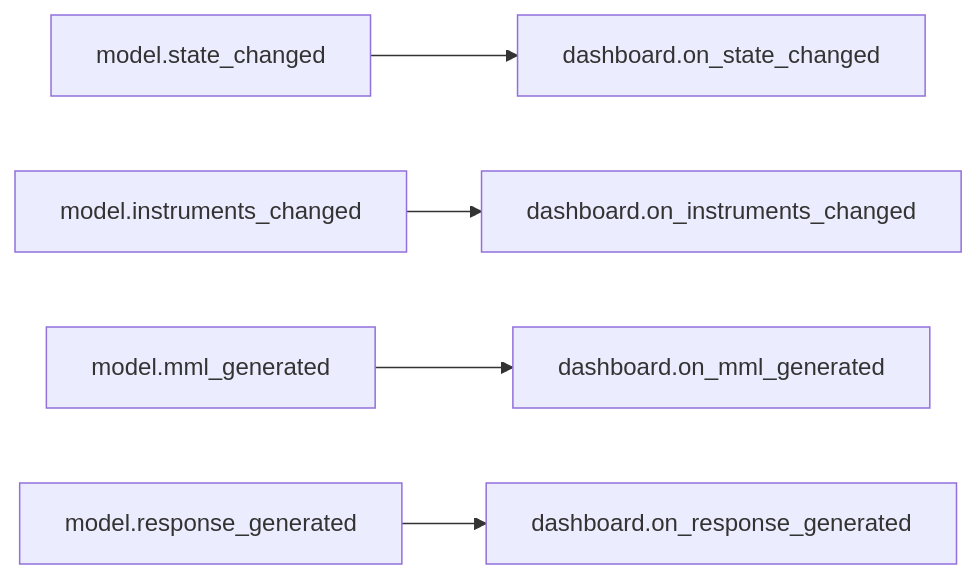
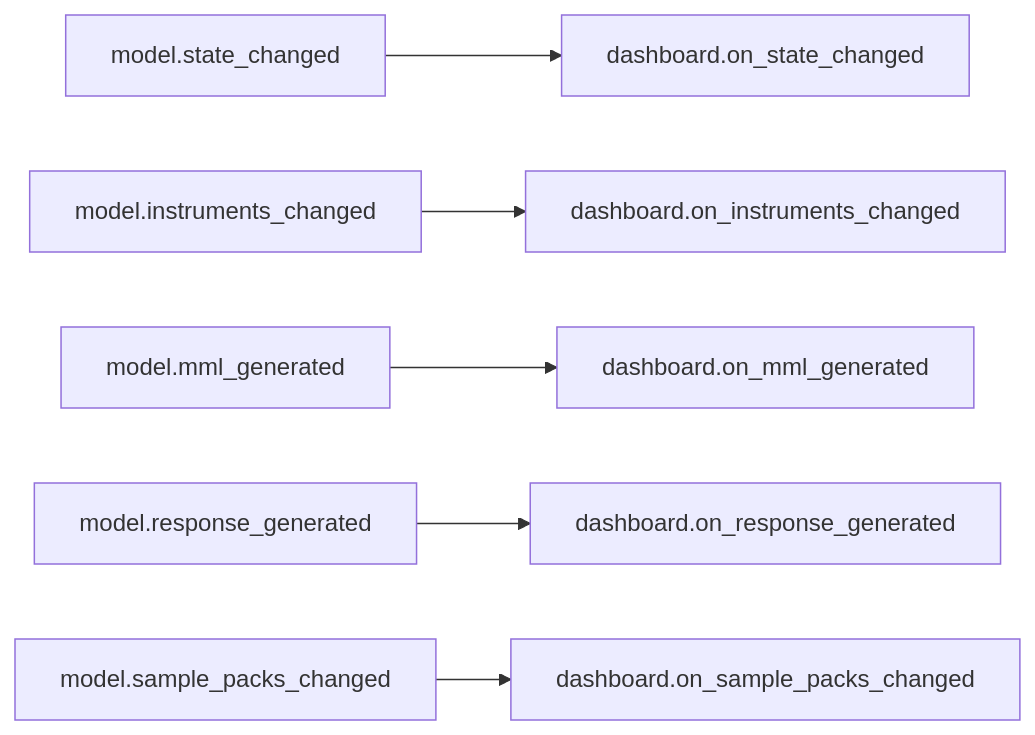
One commit to com-posers-pit/smw_music changed the first of 9 diagrams in doc/source/dashboard_signal_slot_map.rst. Above: the diagram before and after it, drawn with Mermaid. The commit also changed other lines of this file and 4 other files, not shown here.

First line of the commit message:
Switch sample packs to QTreeWidget

```diff
--- a/doc/source/dashboard_signal_slot_map.rst
+++ b/doc/source/dashboard_signal_slot_map.rst
@@ -20,7 +22,8 @@
 .. mermaid::
 
    flowchart LR
       model.state_changed --> dashboard.on_state_changed
       model.instruments_changed --> dashboard.on_instruments_changed
       model.mml_generated --> dashboard.on_mml_generated
       model.response_generated --> dashboard.on_response_generated
+      model.sample_packs_changed --> dashboard.on_sample_packs_changed
```
